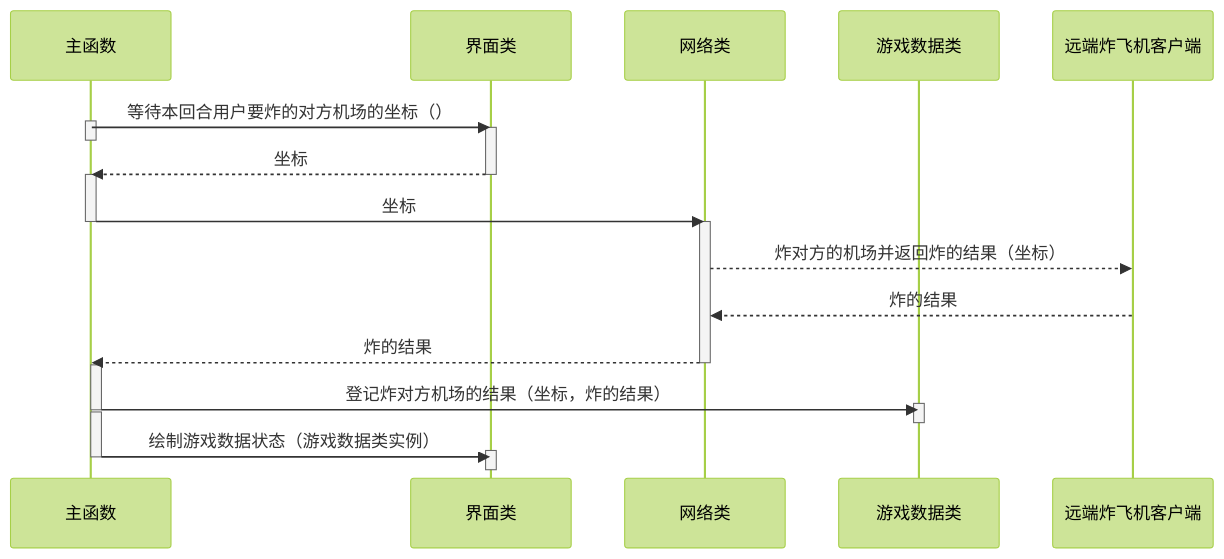
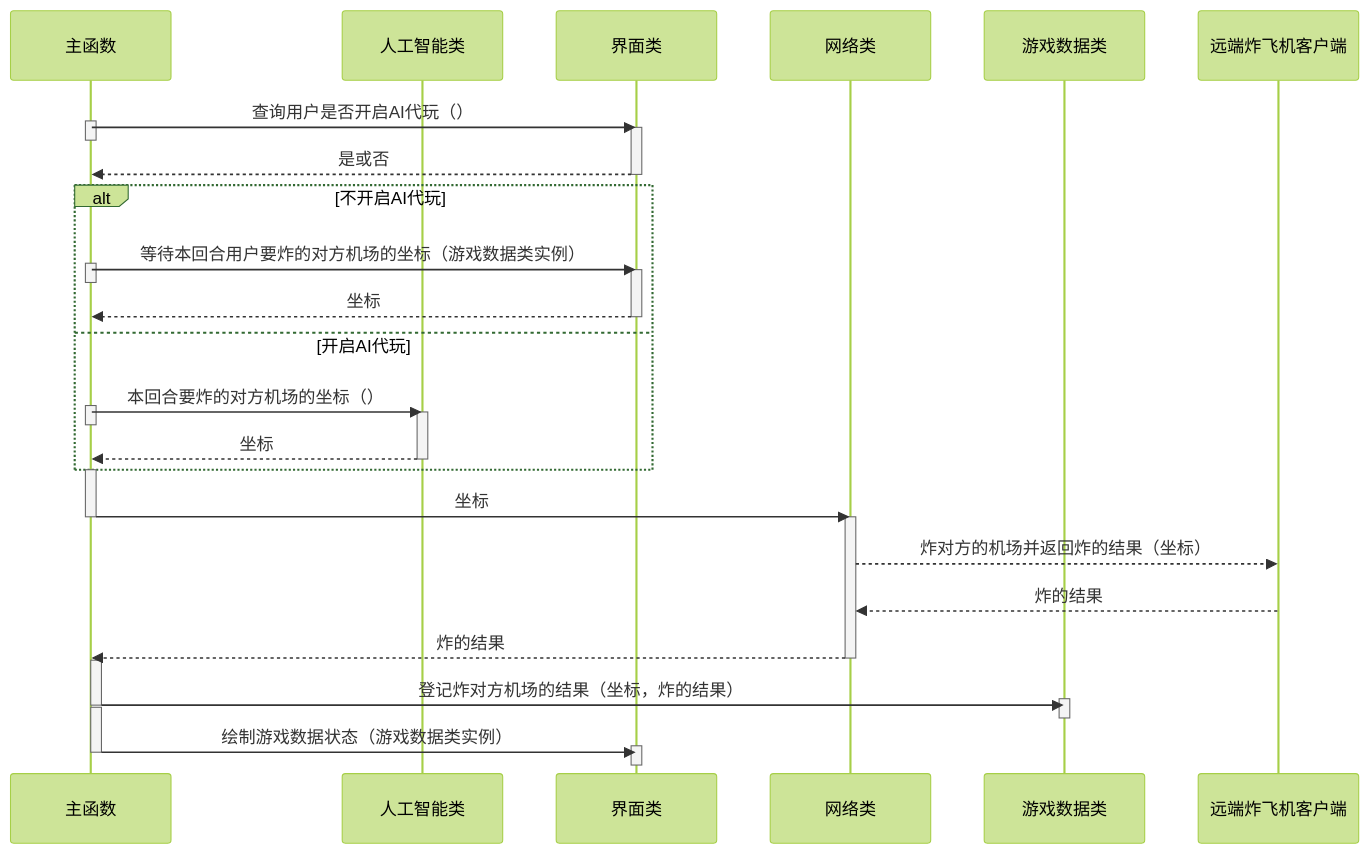
The fifth of 5 diagrams in _posts/2022-10-26-bomb-airfield-game.md (li6in9muyou/li6in9muyou.github.io), drawn with Mermaid (forest theme) before and after one commit. The commit also changed other lines of this file, not shown here.

Commit message:
add ai assistance

````diff
--- a/_posts/2022-10-26-bomb-airfield-game.md
+++ b/_posts/2022-10-26-bomb-airfield-game.md
@@ -205,35 +213,54 @@
 ```mermaid
 sequenceDiagram
 
 participant main as 主函数
+participant ai as 人工智能类
 participant ui as 界面类
 participant socket as 网络类
 participant game as 游戏数据类
 participant remote as 远端炸飞机客户端
 
-main ->> ui: 等待本回合用户要炸的对方机场的坐标（）
+
+main ->> ui: 查询用户是否开启AI代玩（）
+activate main
+deactivate main
+activate ui
+ui -->> main: 是或否
+deactivate ui
+
+alt 不开启AI代玩
+main ->> ui: 等待本回合用户要炸的对方机场的坐标（游戏数据类实例）
 activate main
 deactivate main
 activate ui
 ui -->> main: 坐标
 deactivate ui
+else 开启AI代玩
+main ->> ai: 本回合要炸的对方机场的坐标（）
+activate main
+deactivate main
+activate ai
+ai -->> main: 坐标
+deactivate ai
+end
+
 activate main
 main ->> socket: 坐标
 deactivate main
 activate socket
 socket -->> remote: 炸对方的机场并返回炸的结果（坐标）
 remote -->> socket: 炸的结果
 socket -->> main: 炸的结果
 activate main
 deactivate socket
 activate main
 main ->> game: 登记炸对方机场的结果（坐标，炸的结果）
 deactivate main
 activate game
 deactivate game
 activate main
 main ->> ui: 绘制游戏数据状态（游戏数据类实例）
 activate ui
 deactivate ui
 deactivate main
 ```
````
